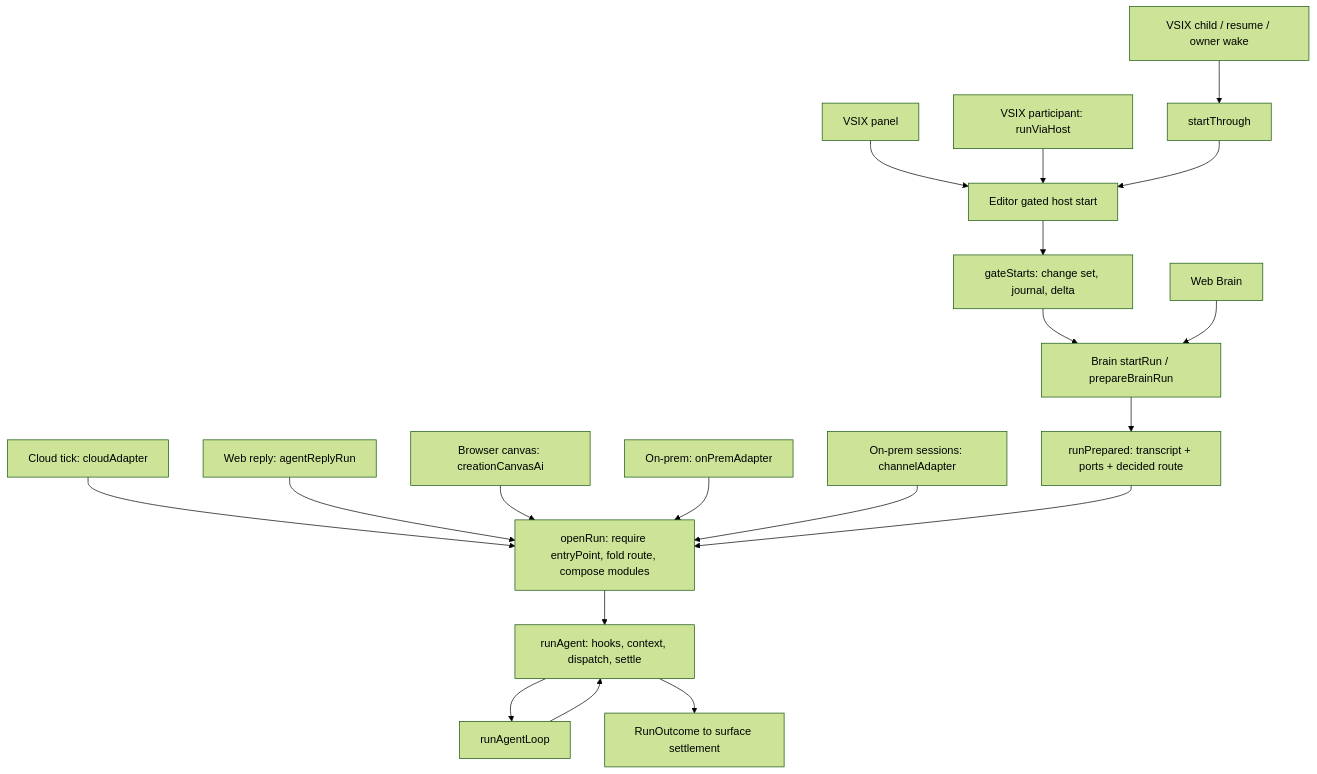
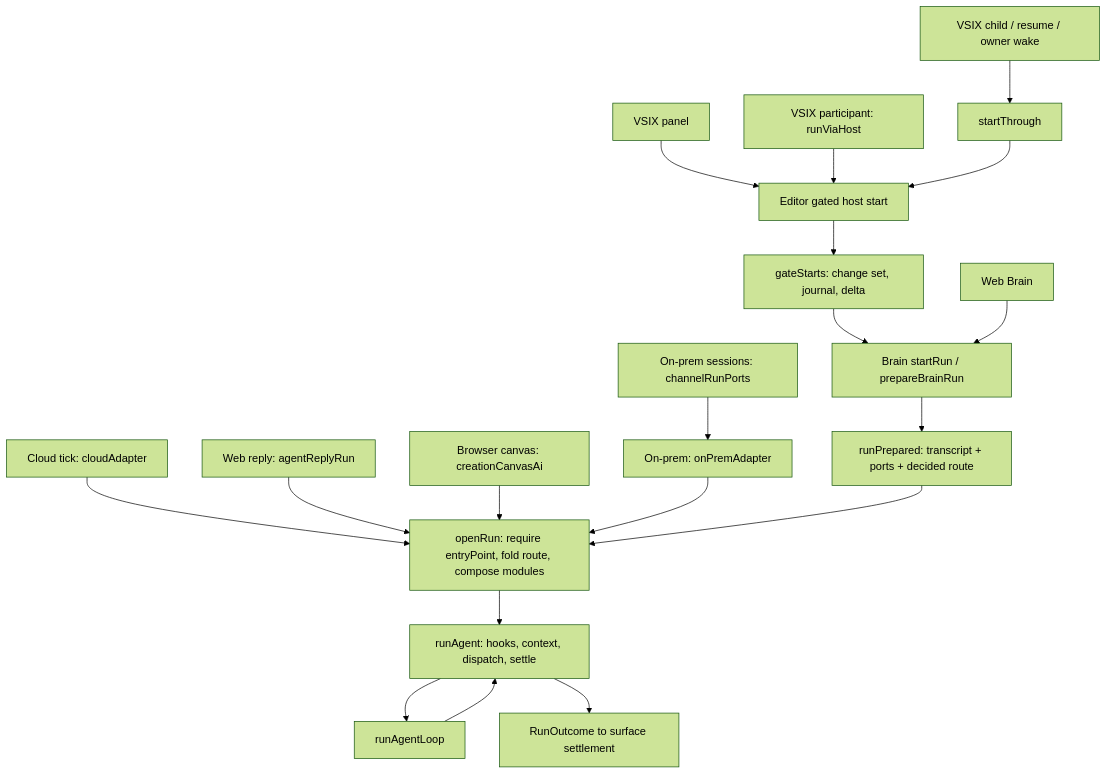
Before and after one commit to SeanHogg/Builderforce.ai: the first of 2 diagrams in docs/specs/_scratch-agent-pipeline-map.md, drawn with Mermaid (forest theme). The commit also changed other lines of this file and 58 other files, not shown here.

````diff
--- a/docs/specs/_scratch-agent-pipeline-map.md
+++ b/docs/specs/_scratch-agent-pipeline-map.md
@@ -9,20 +9,20 @@
 ```mermaid
 flowchart TD
   Panel[VSIX panel] --> Host[Editor gated host start]
   Participant[VSIX participant: runViaHost] --> Host
   Child[VSIX child / resume / owner wake] --> Through[startThrough] --> Host
   Host --> Gate[gateStarts: change set, journal, delta]
   Gate --> Brain[Brain startRun / prepareBrainRun]
   Web[Web Brain] --> Brain
   Brain --> Prepared[runPrepared: transcript + ports + decided route]
   Cloud[Cloud tick: cloudAdapter] --> Open
   Reply[Web reply: agentReplyRun] --> Open
   Canvas[Browser canvas: creationCanvasAi] --> Open
   Prem[On-prem: onPremAdapter] --> Open
-  Channel[On-prem sessions: channelAdapter] --> Open
+  Channel[On-prem sessions: channelRunPorts] --> Prem
   Prepared --> Open[openRun: require entryPoint, fold route, compose modules]
   Open --> Agent[runAgent: hooks, context, dispatch, settle]
   Agent --> Kernel[runAgentLoop]
   Kernel --> Agent
   Agent --> Outcome[RunOutcome to surface settlement]
 ```
````
